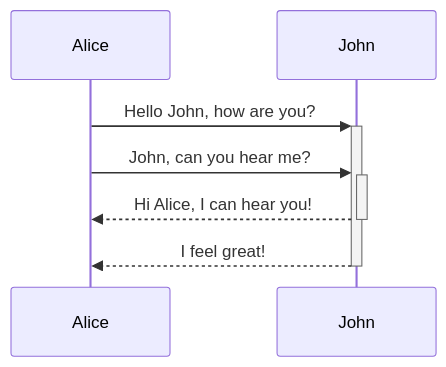
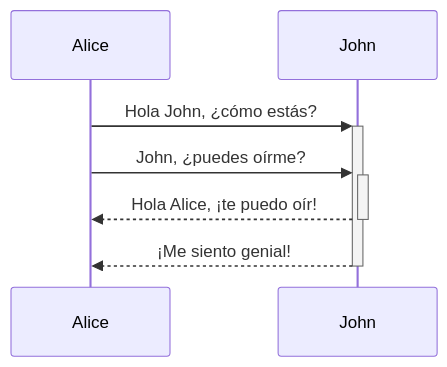
Before and after one commit to angular-hispano/angular-docs-es: the second of 3 diagrams in adev-es/src/content/kitchen-sink.md, drawn with Mermaid. The commit also changed other lines of this file and 1 other file, not shown here.

````diff
--- a/adev-es/src/content/kitchen-sink.md
+++ b/adev-es/src/content/kitchen-sink.md
@@ -345,7 +345,7 @@
 ```mermaid
   sequenceDiagram
-      Alice->>+John: Hello John, how are you?
-      Alice->>+John: John, can you hear me?
-      John-->>-Alice: Hi Alice, I can hear you!
-      John-->>-Alice: I feel great!
+      Alice->>+John: Hola John, ¿cómo estás?
+      Alice->>+John: John, ¿puedes oírme?
+      John-->>-Alice: Hola Alice, ¡te puedo oír!
+      John-->>-Alice: ¡Me siento genial!
 ```
````
